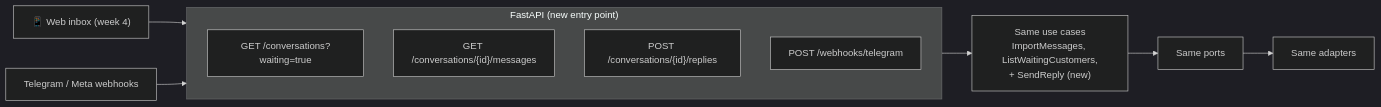
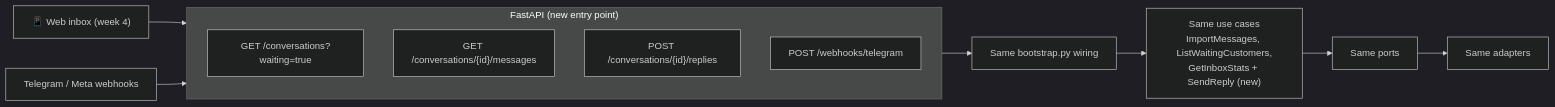
The eighth of 9 diagrams in docs/ARCHITECTURE.md (Ify-O/kiakia), drawn with Mermaid (dark theme) before and after one commit. The commit also changed other lines of this file and 2 other files, not shown here.

First line of the commit message:
Update diagrams and docs for Sprint 2

````diff
--- a/docs/ARCHITECTURE.md
+++ b/docs/ARCHITECTURE.md
@@ -297,13 +323,13 @@
 ```mermaid
 flowchart LR
     UI["📱 Web inbox (week 4)"] --> API
     WH["Telegram / Meta webhooks"] --> API
     subgraph API["FastAPI (new entry point)"]
         E1["GET /conversations?waiting=true"]
         E2["GET /conversations/{id}/messages"]
         E3["POST /conversations/{id}/replies"]
         E4["POST /webhooks/telegram"]
     end
-    API --> UC["Same use cases<br/>ImportMessages, ListWaitingCustomers,<br/>+ SendReply (new)"]
+    API --> BOOT["Same bootstrap.py wiring"] --> UC["Same use cases<br/>ImportMessages, ListWaitingCustomers,<br/>GetInboxStats + SendReply (new)"]
     UC --> PORTS["Same ports"] --> ADP["Same adapters"]
 ```
````
